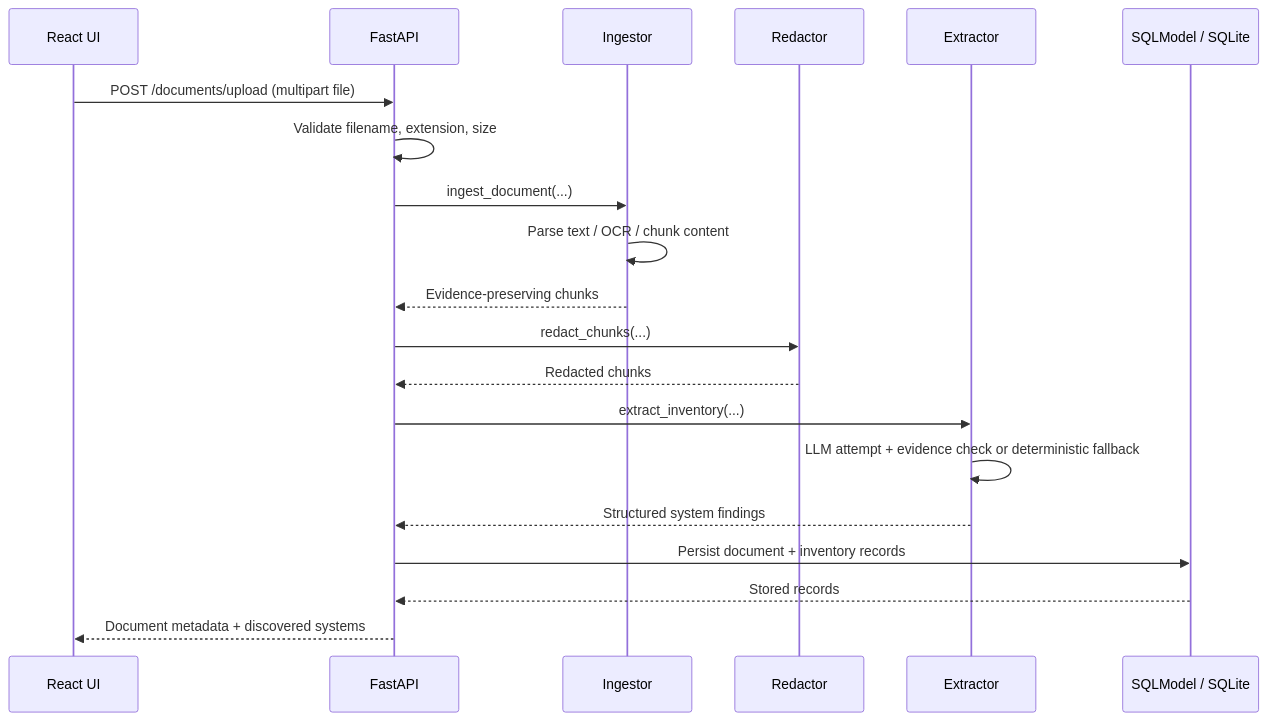
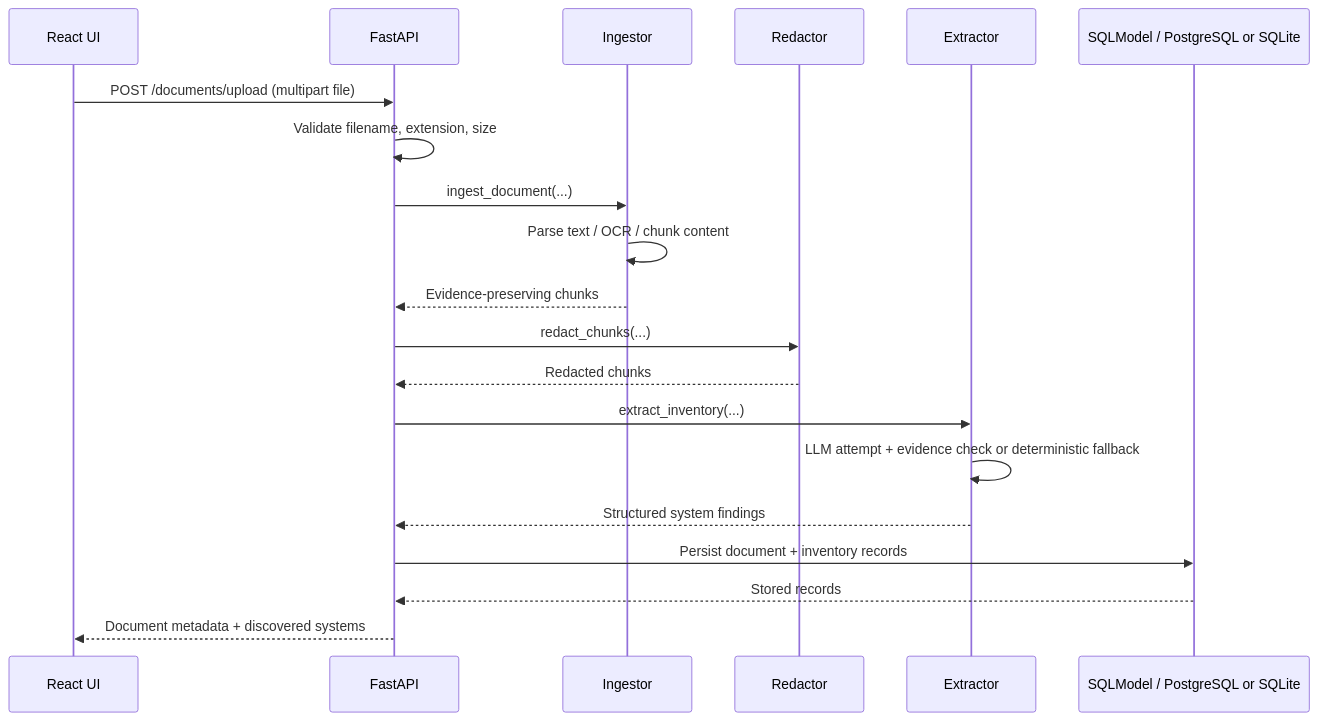
The second of 4 diagrams in docs/TECHNICAL_GUIDE.md (mathanvasagam/Discovery_agent), drawn with Mermaid before and after one commit. The commit also changed other lines of this file and 4 other files, not shown here.

````diff
--- a/docs/TECHNICAL_GUIDE.md
+++ b/docs/TECHNICAL_GUIDE.md
@@ -66,23 +74,23 @@
 ```mermaid
 sequenceDiagram
     participant UI as React UI
     participant API as FastAPI
     participant ING as Ingestor
     participant RED as Redactor
     participant EXT as Extractor
-    participant DB as SQLModel / SQLite
+    participant DB as SQLModel / PostgreSQL or SQLite
 
     UI->>API: POST /documents/upload (multipart file)
     API->>API: Validate filename, extension, size
     API->>ING: ingest_document(...)
     ING->>ING: Parse text / OCR / chunk content
     ING-->>API: Evidence-preserving chunks
     API->>RED: redact_chunks(...)
     RED-->>API: Redacted chunks
     API->>EXT: extract_inventory(...)
     EXT->>EXT: LLM attempt + evidence check or deterministic fallback
     EXT-->>API: Structured system findings
     API->>DB: Persist document + inventory records
     DB-->>API: Stored records
     API-->>UI: Document metadata + discovered systems
 ```
````
